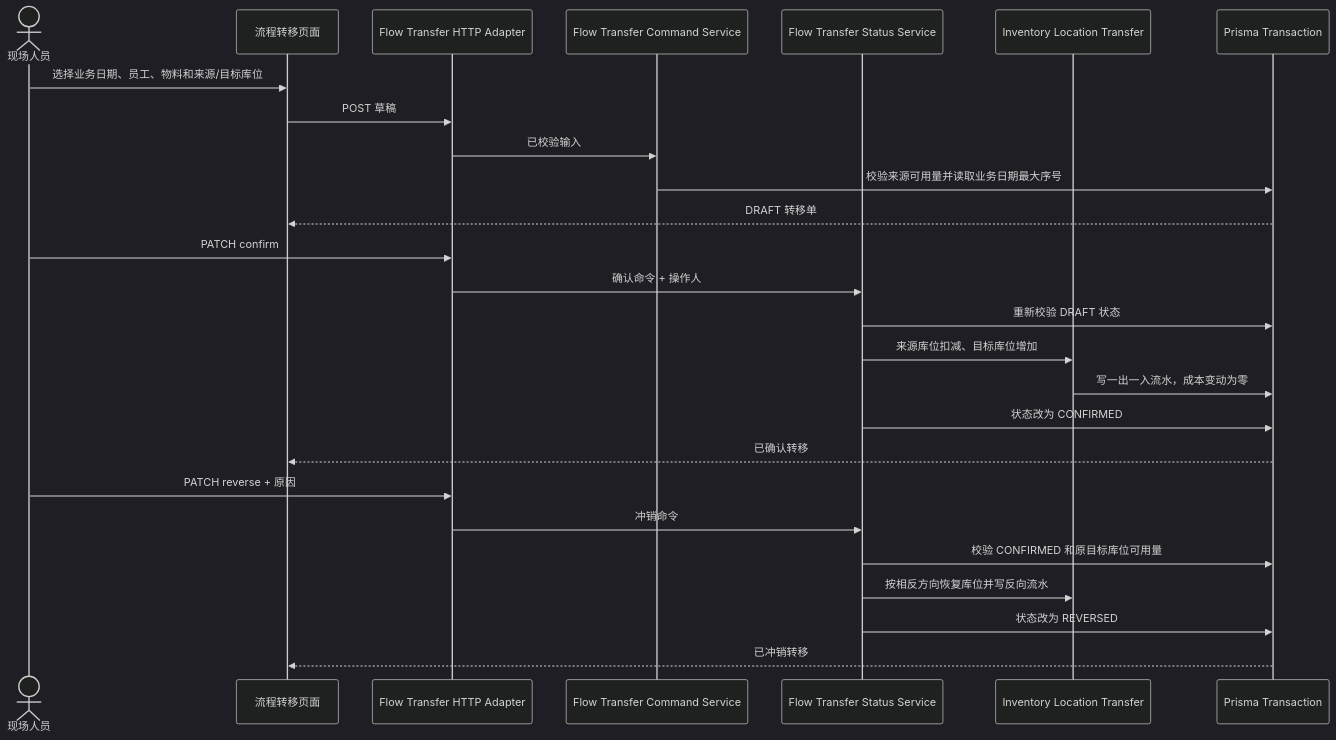
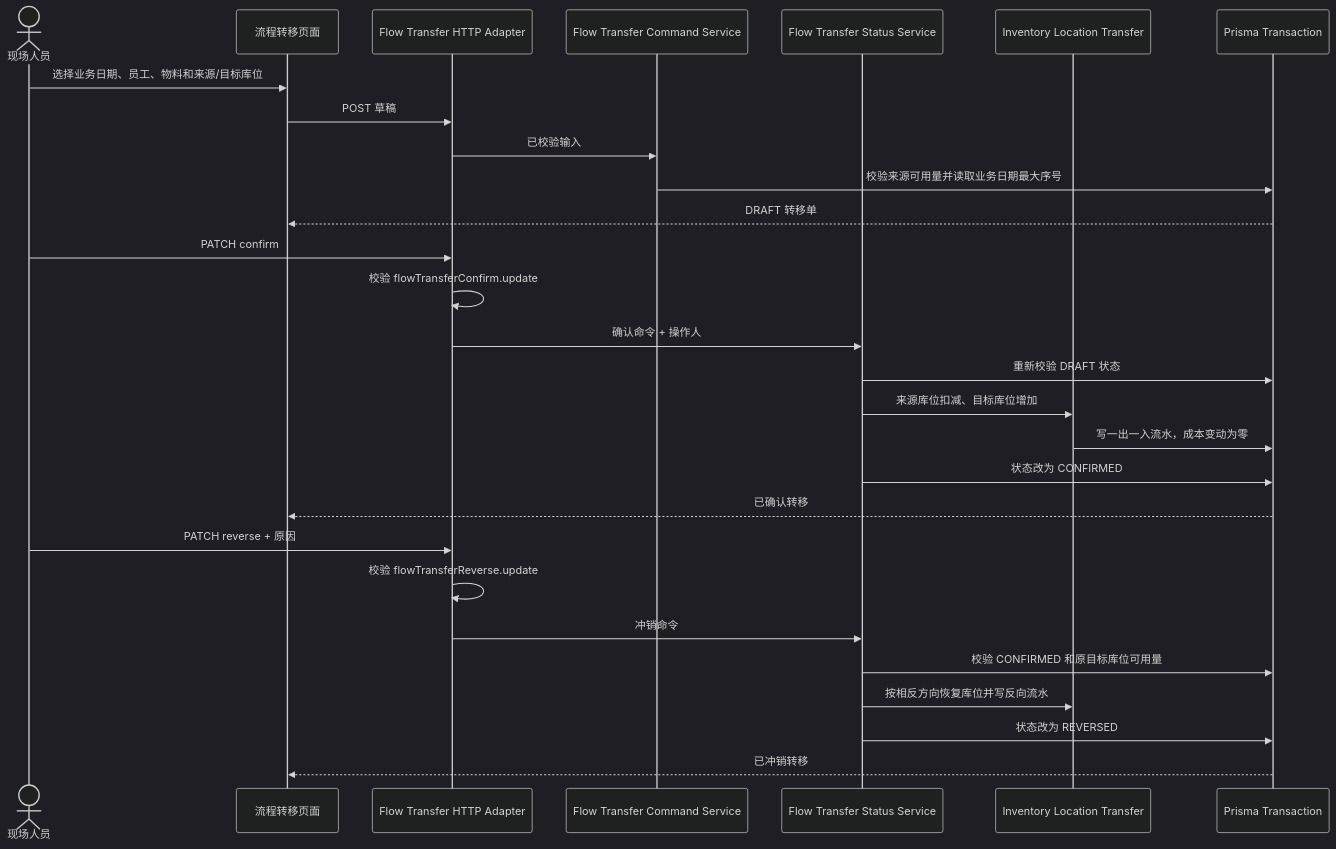
Before and after one commit to goldf2/mes-lite: the eighth of 19 diagrams in docs/architecture/系统时序图.md, drawn with Mermaid (dark theme). The commit also changed other lines of this file and 236 other files, not shown here.

````diff
--- a/docs/architecture/系统时序图.md
+++ b/docs/architecture/系统时序图.md
@@ -262,31 +262,33 @@
 ```mermaid
 sequenceDiagram
   actor U as 现场人员
   participant UI as 流程转移页面
   participant API as Flow Transfer HTTP Adapter
   participant C as Flow Transfer Command Service
   participant S as Flow Transfer Status Service
   participant I as Inventory Location Transfer
   participant DB as Prisma Transaction
 
   U->>UI: 选择业务日期、员工、物料和来源/目标库位
   UI->>API: POST 草稿
   API->>C: 已校验输入
   C->>DB: 校验来源可用量并读取业务日期最大序号
   DB-->>UI: DRAFT 转移单
 
   U->>API: PATCH confirm
+  API->>API: 校验 flowTransferConfirm.update
   API->>S: 确认命令 + 操作人
   S->>DB: 重新校验 DRAFT 状态
   S->>I: 来源库位扣减、目标库位增加
   I->>DB: 写一出一入流水，成本变动为零
   S->>DB: 状态改为 CONFIRMED
   DB-->>UI: 已确认转移
 
   U->>API: PATCH reverse + 原因
+  API->>API: 校验 flowTransferReverse.update
   API->>S: 冲销命令
   S->>DB: 校验 CONFIRMED 和原目标库位可用量
   S->>I: 按相反方向恢复库位并写反向流水
   S->>DB: 状态改为 REVERSED
   DB-->>UI: 已冲销转移
 ```
````
